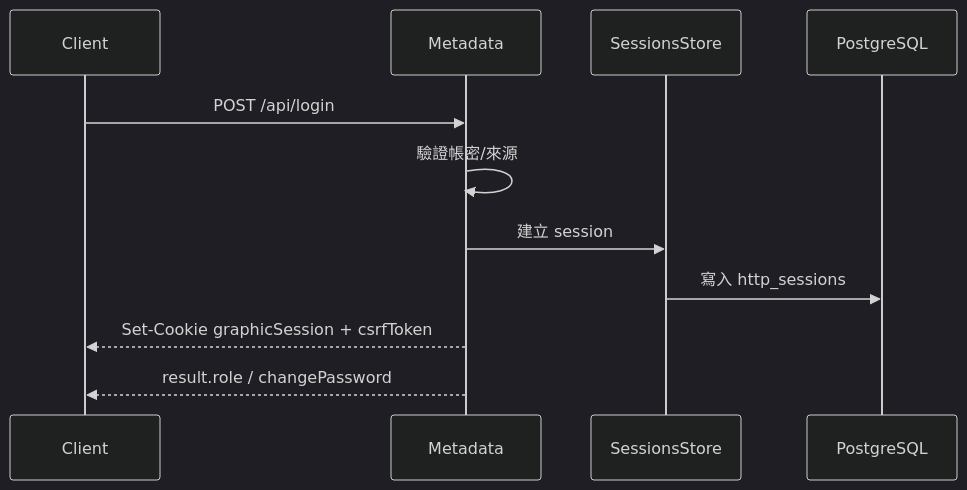
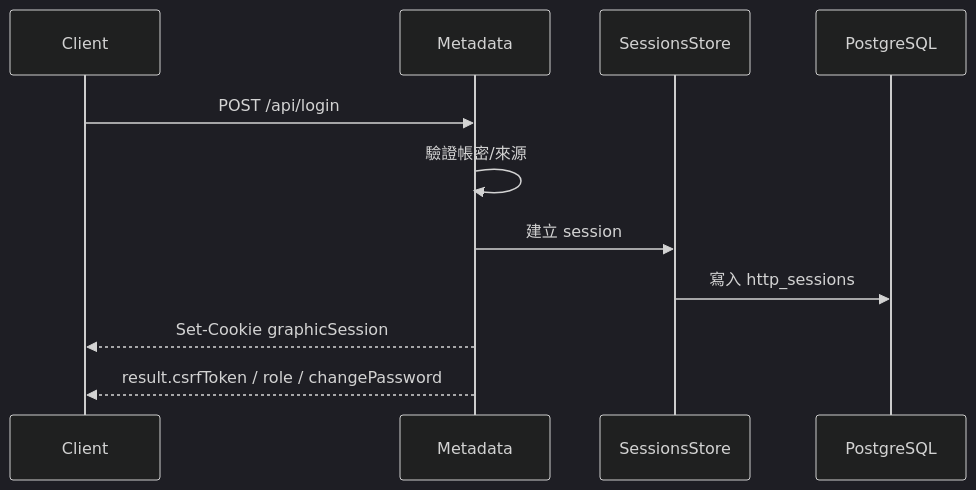
One commit to PochengChen-del/EdgeViewDoc changed the second of 2 diagrams in SDS/08_Security_Design.md. Above: the diagram before and after it, drawn with Mermaid (dark theme). The commit also changed other lines of this file and 9 other files, not shown here.

Commit message:
security: drop redundant CSRF cookie and encrypt session passwords

````diff
--- a/SDS/08_Security_Design.md
+++ b/SDS/08_Security_Design.md
@@ -73,13 +73,13 @@
 ```mermaid
 sequenceDiagram
     participant C as Client
     participant M as Metadata
     participant S as SessionsStore
     participant DB as PostgreSQL
     C->>M: POST /api/login
     M->>M: 驗證帳密/來源
     M->>S: 建立 session
     S->>DB: 寫入 http_sessions
-    M-->>C: Set-Cookie graphicSession + csrfToken
-    M-->>C: result.role / changePassword
+    M-->>C: Set-Cookie graphicSession
+    M-->>C: result.csrfToken / role / changePassword
 ```
````
